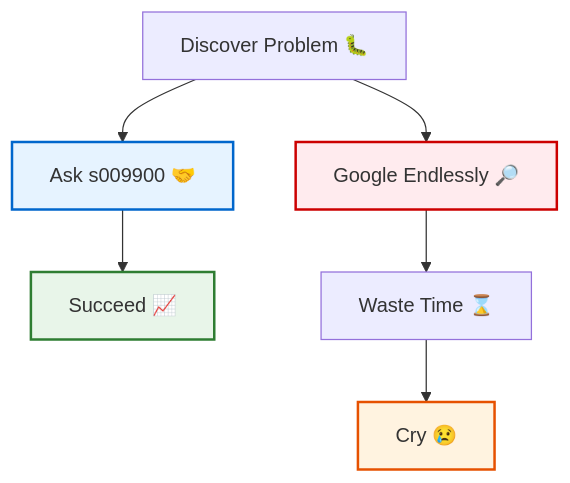
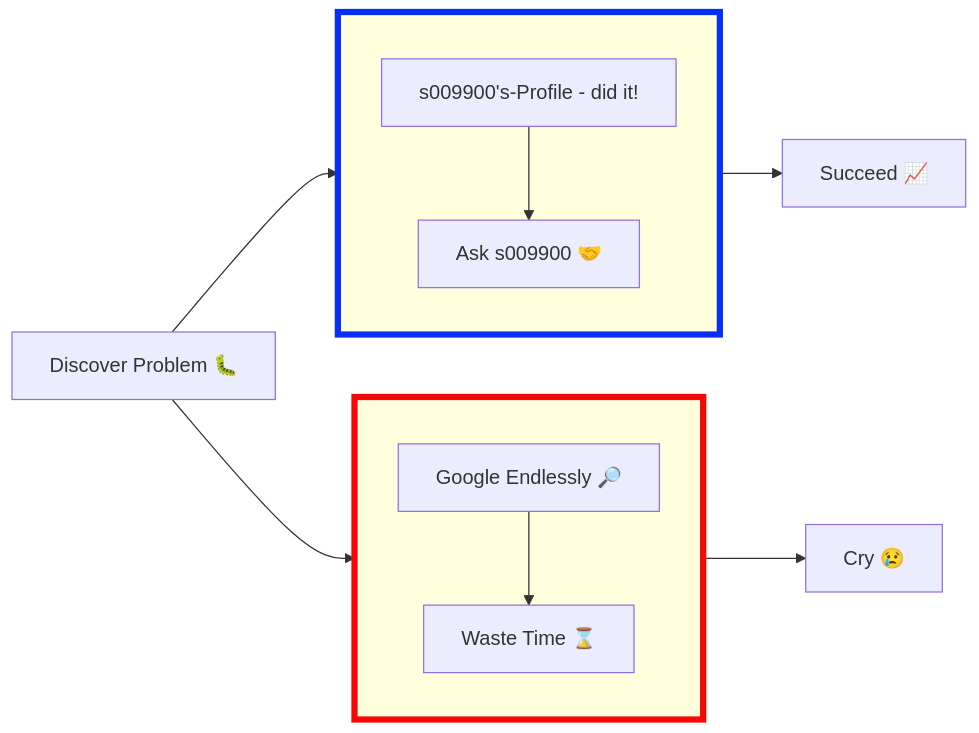
The diagram in README.md (s009900/s009900), drawn with Mermaid before and after one commit.

Commit message:
mermaid fix

````diff
--- a/README.md
+++ b/README.md
@@ -168,13 +168,28 @@
 ```mermaid
-flowchart TD
-    A[Discover Problem 🐛] --> B[Ask s009900 🤝]
-    A --> C[Google Endlessly 🔎]
-    B --> D[Succeed 📈]
-    C --> E[Waste Time ⌛]
-    E --> F[Cry 😢]
-    
-    style B fill:#e6f3ff,stroke:#0066cc,stroke-width:2px
-    style C fill:#ffebee,stroke:#cc0000,stroke-width:2px
-    style D fill:#e8f5e9,stroke:#2e7d32,stroke-width:2px
-    style F fill:#fff3e0,stroke:#e65100,stroke-width:2px
+flowchart LR
+    %% Set the overall direction
+    direction LR
+
+    %% Subgraph 1
+    subgraph S1 [ ]
+        direction TB
+        top1["s009900's-Profile - did it!"] --> bottom1["Ask s009900 🤝"]
+    end
+
+    %% Subgraph 2
+    subgraph S2 [ ]
+        direction TB
+        top2["Google Endlessly 🔎"] --> bottom2["Waste Time ⌛"]
+    end
+
+    %% Entry point
+    D["Discover Problem 🐛"] --> S1
+    D --> S2
+
+    S1 --> SC["Succeed 📈"]
+    S2 --> CRY["Cry 😢"]
+
+    click top1 "https://www.github.com/s009900/" "Visit Github Profile"
+    style S1 stroke:#072ff7,stroke-width:5px
+    style S2 stroke:#f70707,stroke-width:5px
 ```
````
